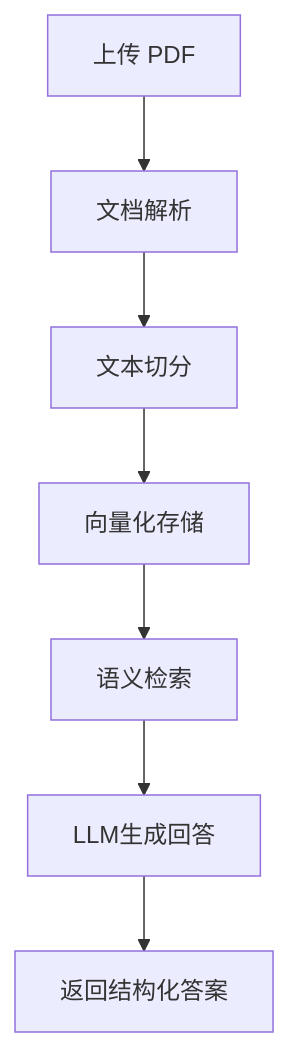
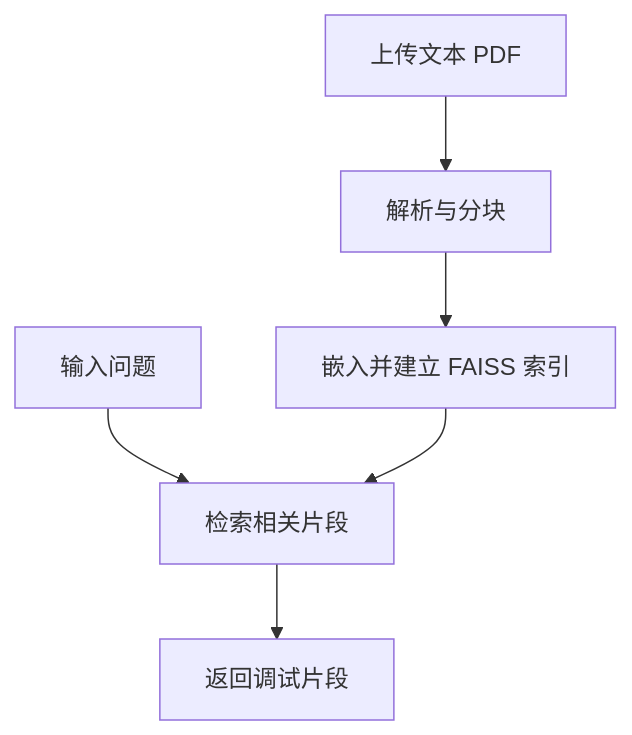
Before and after one commit to coci-hu/rag-project: the diagram in README.md, drawn with Mermaid. The commit also changed other lines of this file, not shown here.

````diff
--- a/README.md
+++ b/README.md
@@ -39,9 +22,8 @@
 ```mermaid
 flowchart TD
-    A[上传 PDF] --> B[文档解析]
-    B --> C[文本切分]
-    C --> D[向量化存储]
-    D --> E[语义检索]
-    E --> F[LLM生成回答]
-    F --> G[返回结构化答案]
+    A[上传文本 PDF] --> B[解析与分块]
+    B --> C[嵌入并建立 FAISS 索引]
+    D[输入问题] --> E[检索相关片段]
+    C --> E
+    E --> F[返回调试片段]
 ```
````
